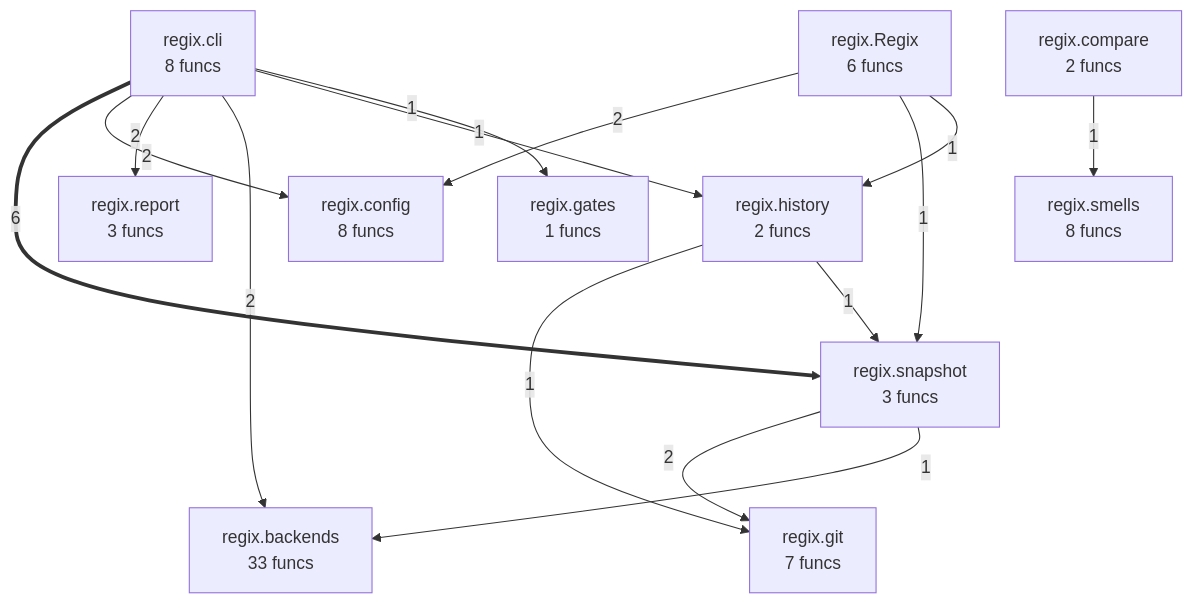
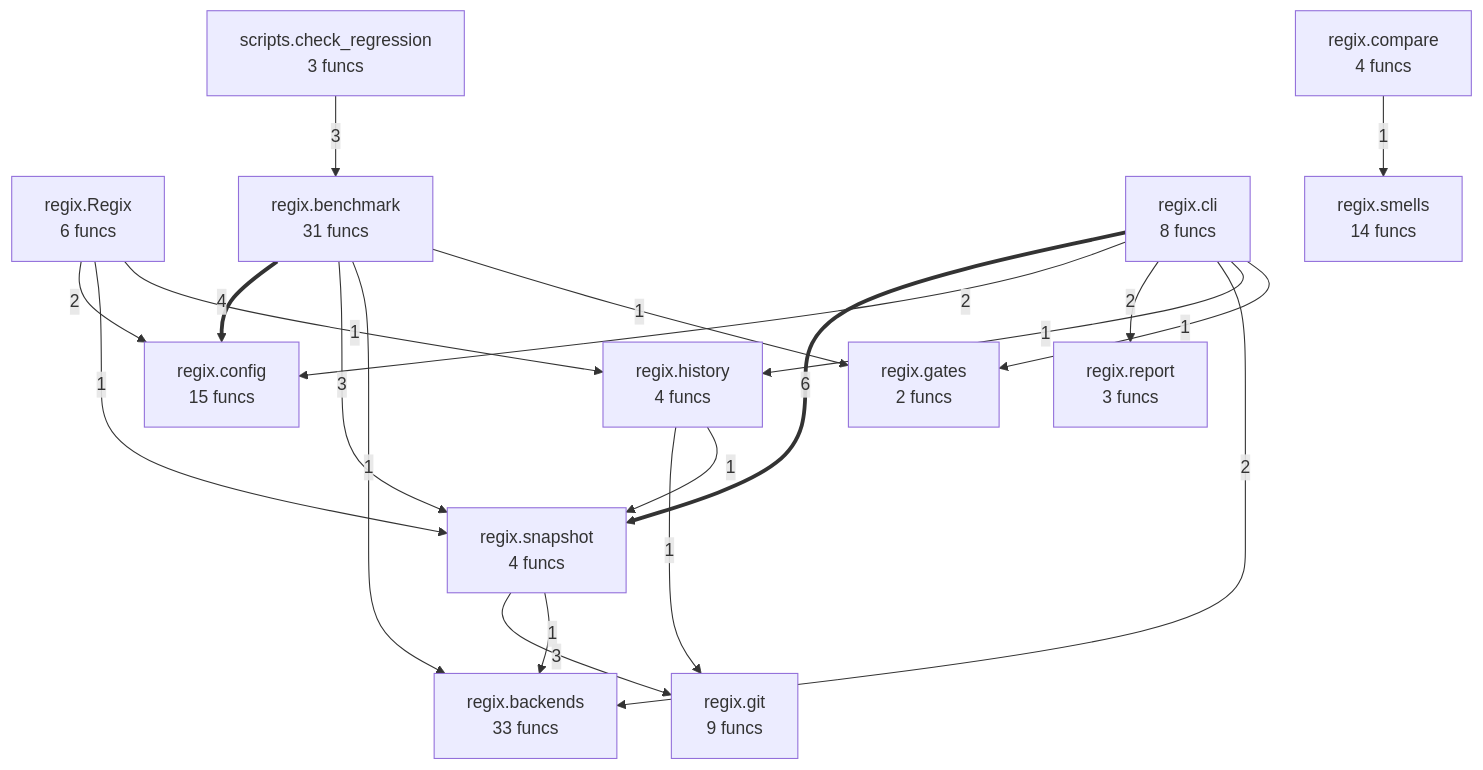
The diagram in project/compact_flow.mmd (semcod/regix), drawn with Mermaid before and after one commit. The commit also changed 35 other files, not shown here.

```diff
--- a/project/compact_flow.mmd
+++ b/project/compact_flow.mmd
@@ -1,26 +1,33 @@
 flowchart TD
     regix__Regix["regix.Regix<br/>6 funcs"]
     regix__backends["regix.backends<br/>33 funcs"]
+    regix__benchmark["regix.benchmark<br/>31 funcs"]
     regix__cli["regix.cli<br/>8 funcs"]
-    regix__compare["regix.compare<br/>2 funcs"]
-    regix__config["regix.config<br/>8 funcs"]
-    regix__gates["regix.gates<br/>1 funcs"]
-    regix__git["regix.git<br/>7 funcs"]
-    regix__history["regix.history<br/>2 funcs"]
+    regix__compare["regix.compare<br/>4 funcs"]
+    regix__config["regix.config<br/>15 funcs"]
+    regix__gates["regix.gates<br/>2 funcs"]
+    regix__git["regix.git<br/>9 funcs"]
+    regix__history["regix.history<br/>4 funcs"]
     regix__report["regix.report<br/>3 funcs"]
-    regix__smells["regix.smells<br/>8 funcs"]
-    regix__snapshot["regix.snapshot<br/>3 funcs"]
+    regix__smells["regix.smells<br/>14 funcs"]
+    regix__snapshot["regix.snapshot<br/>4 funcs"]
+    scripts__check_regression["scripts.check_regression<br/>3 funcs"]
     regix__cli ==>|6| regix__snapshot
+    regix__benchmark ==>|4| regix__config
+    scripts__check_regression -->|3| regix__benchmark
+    regix__snapshot -->|3| regix__git
+    regix__benchmark -->|3| regix__snapshot
     regix__Regix -->|2| regix__config
     regix__cli -->|2| regix__config
     regix__cli -->|2| regix__report
     regix__cli -->|2| regix__backends
-    regix__snapshot -->|2| regix__git
     regix__compare -->|1| regix__smells
+    regix__history -->|1| regix__git
+    regix__history -->|1| regix__snapshot
     regix__Regix -->|1| regix__snapshot
     regix__Regix -->|1| regix__history
     regix__cli -->|1| regix__history
     regix__cli -->|1| regix__gates
-    regix__history -->|1| regix__git
-    regix__history -->|1| regix__snapshot
     regix__snapshot -->|1| regix__backends
+    regix__benchmark -->|1| regix__backends
+    regix__benchmark -->|1| regix__gates
```
